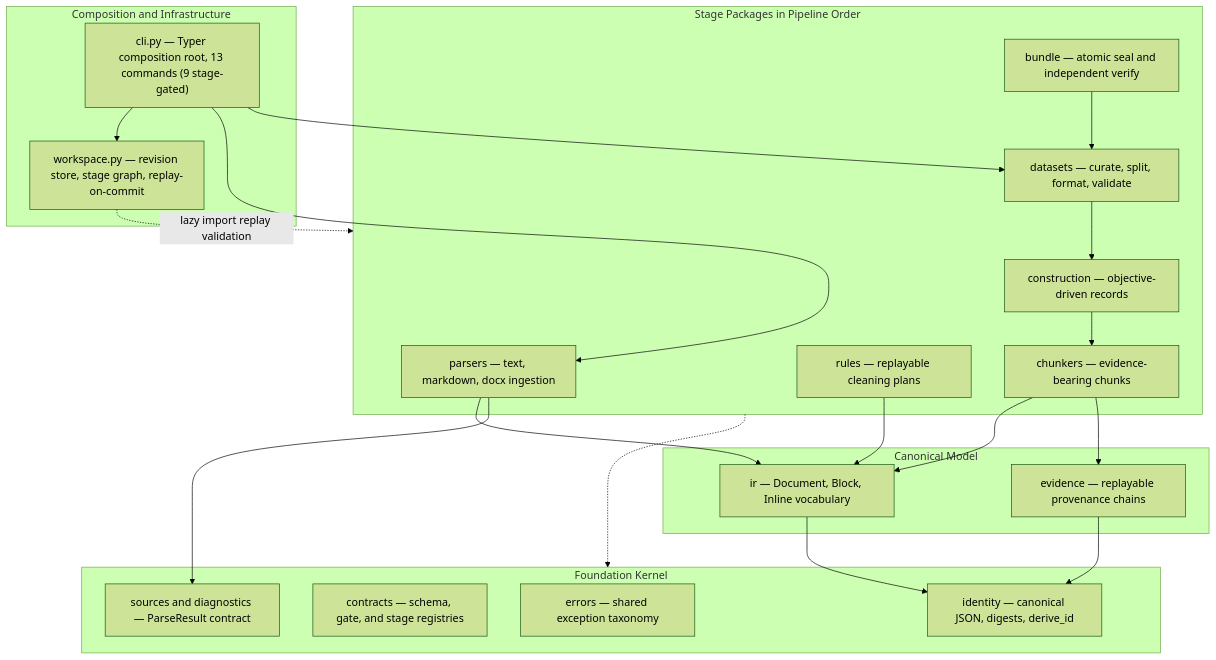
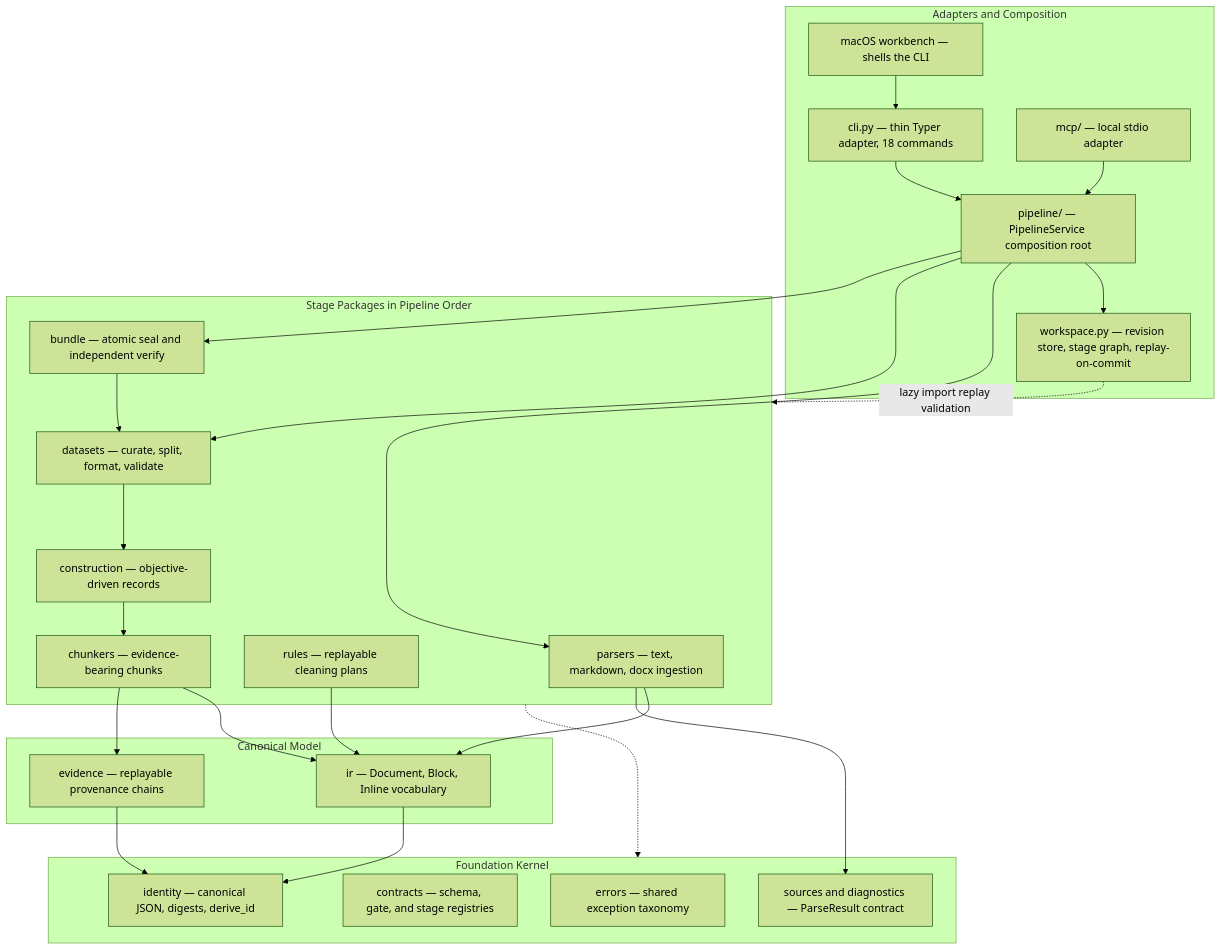
One commit to ogprotege/Veriformis changed the diagram in docs/architecture/README.md. Above: the diagram before and after it, drawn with Mermaid (forest theme). The commit also changed other lines of this file and 83 other files, not shown here.

````diff
--- a/docs/architecture/README.md
+++ b/docs/architecture/README.md
@@ -100,44 +101,51 @@
 ```mermaid
 flowchart TB
-    subgraph entry["Composition and Infrastructure"]
-        CLI["cli.py — Typer composition root, 13 commands (9 stage-gated)"]
+    subgraph entry["Adapters and Composition"]
+        CLI["cli.py — thin Typer adapter, 18 commands"]
+        MCP["mcp/ — local stdio adapter"]
+        MAC["macOS workbench — shells the CLI"]
+        PIP["pipeline/ — PipelineService composition root"]
         WS["workspace.py — revision store, stage graph, replay-on-commit"]
     end
 
     subgraph stages["Stage Packages in Pipeline Order"]
         P["parsers — text, markdown, docx ingestion"]
         R["rules — replayable cleaning plans"]
         C["chunkers — evidence-bearing chunks"]
         CT["construction — objective-driven records"]
         DS["datasets — curate, split, format, validate"]
         B["bundle — atomic seal and independent verify"]
     end
 
     subgraph core["Canonical Model"]
         IR["ir — Document, Block, Inline vocabulary"]
         EV["evidence — replayable provenance chains"]
     end
 
     subgraph foundation["Foundation Kernel"]
         ERR["errors — shared exception taxonomy"]
         CON["contracts — schema, gate, and stage registries"]
         ID["identity — canonical JSON, digests, derive_id"]
         SRC["sources and diagnostics — ParseResult contract"]
     end
 
-    CLI --> WS
-    CLI --> P
-    CLI --> DS
+    CLI --> PIP
+    MCP --> PIP
+    MAC --> CLI
+    PIP --> WS
+    PIP --> P
+    PIP --> DS
+    PIP --> B
     WS -. "lazy import replay validation" .-> stages
     P --> IR
     R --> IR
     C --> IR
     C --> EV
     CT --> C
     DS --> CT
     B --> DS
     P --> SRC
     IR --> ID
     EV --> ID
     stages -.-> foundation
 ```
````
